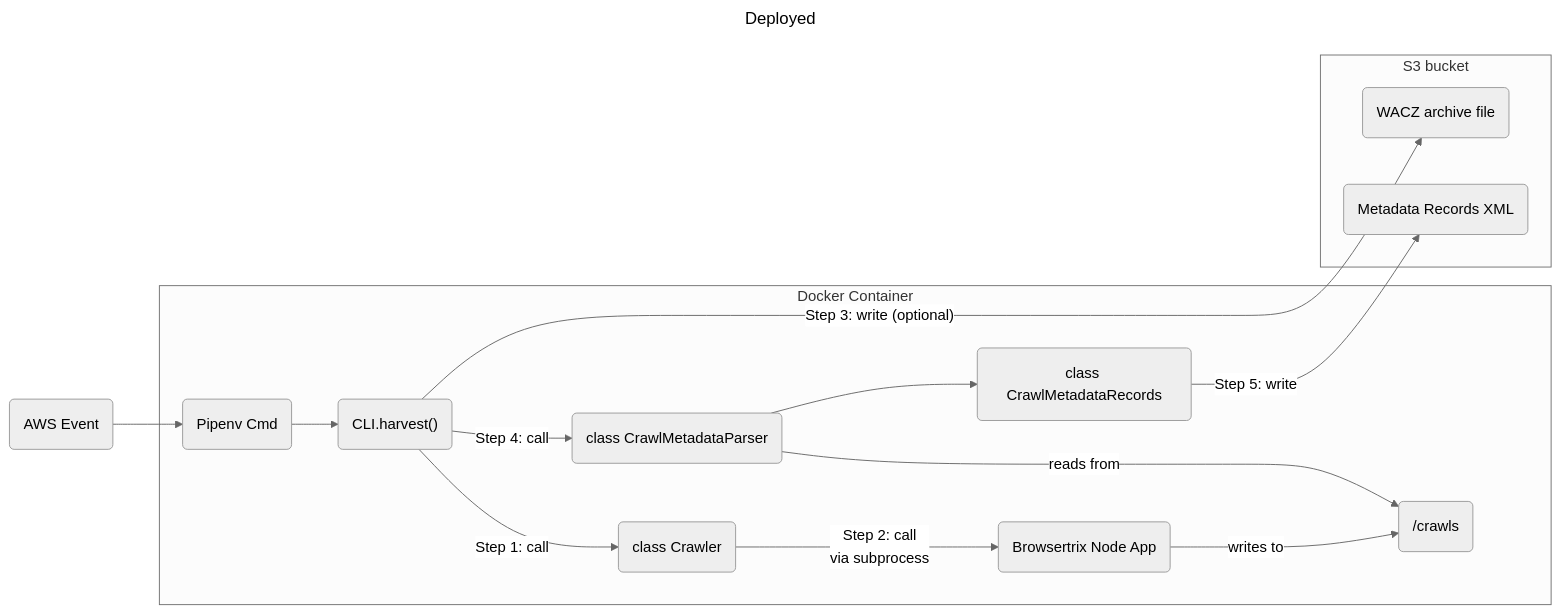
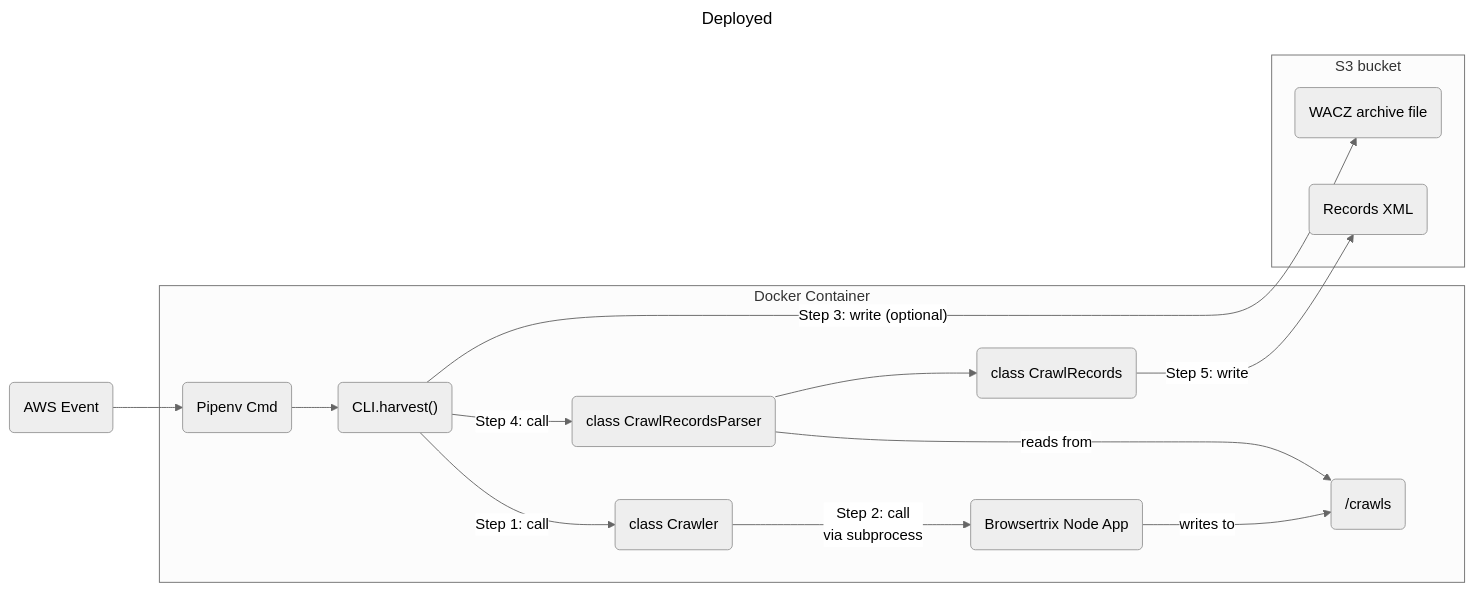
One commit to MITLibraries/browsertrix-harvester changed the third of 3 diagrams in docs/architecture.md. Above: the diagram before and after it, drawn with Mermaid (neutral theme). The commit also changed other lines of this file and 15 other files, not shown here.

First line of the commit message:
Rework harvester to return "records" vs "metadata records"

````diff
--- a/docs/architecture.md
+++ b/docs/architecture.md
@@ -120,43 +120,43 @@
 ```mermaid
 ---
 title: Deployed
 ---
 flowchart LR
     
     %% aws events
     aws_event("AWS Event")
     pipenv_cmd("Pipenv Cmd")
     
     %% docker container
     cli_harvest("CLI.harvest()")
     crawler("class Crawler")
-    parser("class CrawlMetadataParser")
-    metadata("class CrawlMetadataRecords")
+    parser("class CrawlRecordsParser")
+    records("class CrawlRecords")
     crawls_folder("/crawls")
     btrix("Browsertrix Node App")
     
     %% anywhere
     output_wacz("WACZ archive file")
-    output_metadata("Metadata Records XML")
+    output_records("Records XML")
     
     aws_event --> pipenv_cmd
     
     subgraph Docker Container
         pipenv_cmd --> cli_harvest
         cli_harvest -->|Step 1: call| crawler
         crawler -->|Step 2: call\nvia subprocess| btrix        
         btrix -->|writes to| crawls_folder
         cli_harvest -->|Step 4: call| parser
         parser -->|reads from| crawls_folder
-        parser --> metadata
+        parser --> records
     end
     
     cli_harvest -->|"Step 3: write (optional)"| output_wacz
-    metadata -->|Step 5: write| output_metadata
+    records -->|Step 5: write| output_records
     
     subgraph S3 bucket
         output_wacz
-        output_metadata
+        output_records
     end
     
 ```
````
